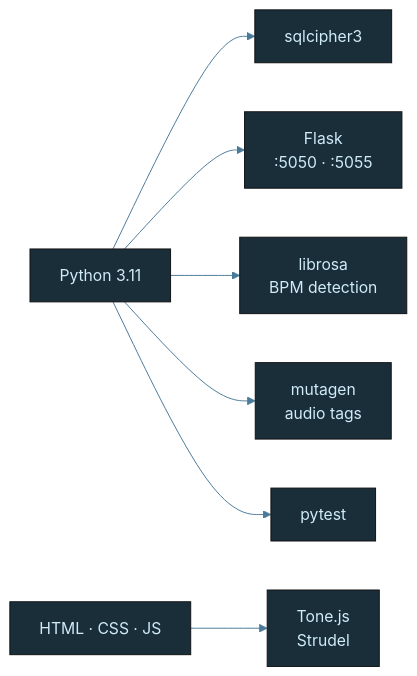
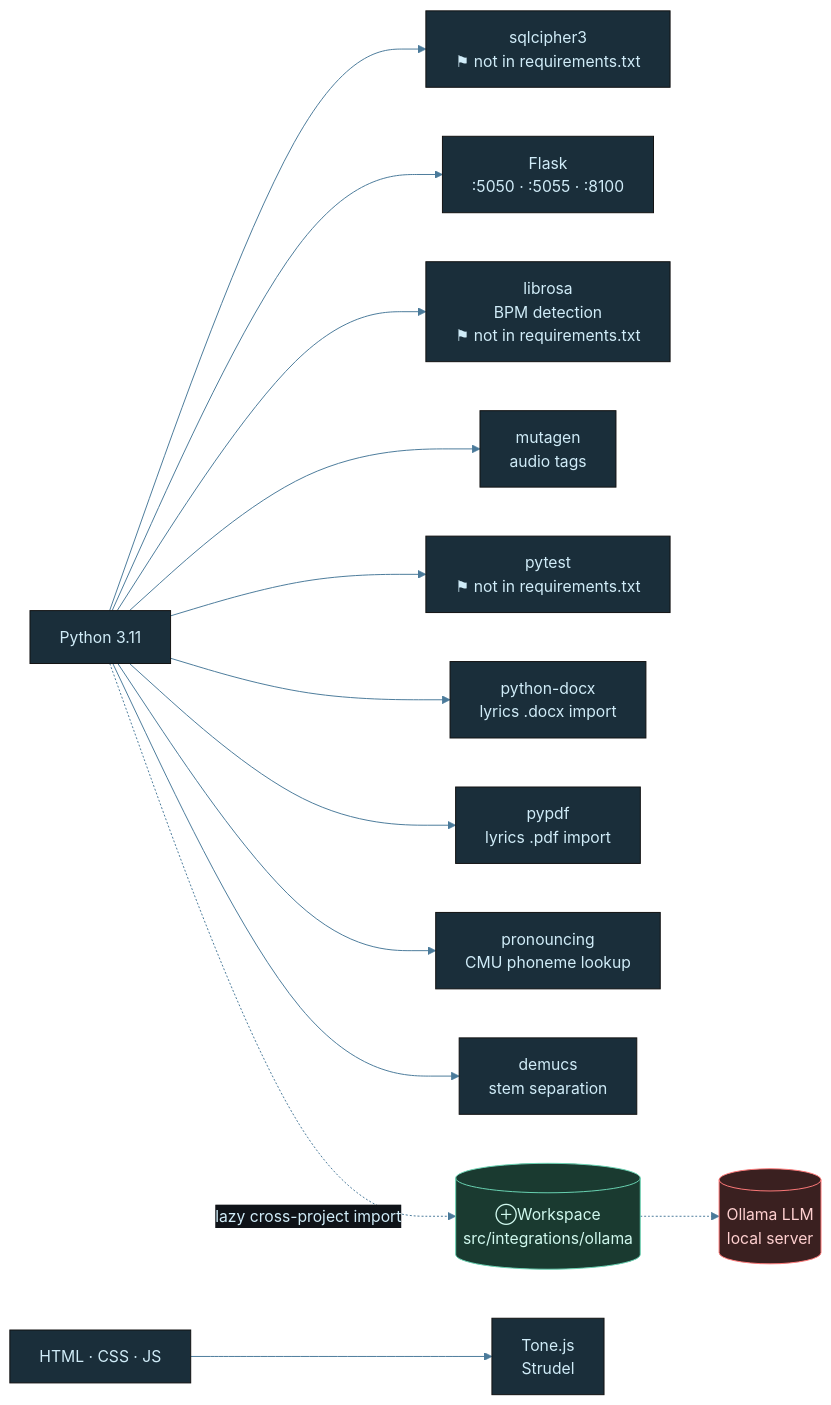
One commit to tylerdrakemusic/-Workspace changed the diagram in diagrams/music-tech-stack.mmd. Above: the diagram before and after it, drawn with Mermaid. The commit also changed 16 other files, not shown here.

Commit message:
FR-20260703-architecture-diagram-catchup: resync 17 diagrams with current code across 6 projects

```diff
--- a/diagrams/music-tech-stack.mmd
+++ b/diagrams/music-tech-stack.mmd
@@ -1,20 +1,28 @@
 %%{init: {'theme': 'base', 'themeVariables': {'primaryColor': '#1a2e3a', 'primaryTextColor': '#d0ecf8', 'edgeLabelBackground': '#0f1318', 'lineColor': '#4a7a9a'}}}%%
 graph LR
-    Python[Python 3.11] --> SQLCipher[sqlcipher3]
-    Python --> Flask[Flask<br/>:5050 · :5055]
-    Python --> Librosa[librosa<br/>BPM detection]
+    Python[Python 3.11] --> SQLCipher["sqlcipher3<br/>⚑ not in requirements.txt"]
+    Python --> Flask[Flask<br/>:5050 · :5055 · :8100]
+    Python --> Librosa["librosa<br/>BPM detection<br/>⚑ not in requirements.txt"]
     Python --> Mutagen[mutagen<br/>audio tags]
-    Python --> Pytest[pytest]
+    Python --> Pytest["pytest<br/>⚑ not in requirements.txt"]
+    Python --> PythonDocx["python-docx<br/>lyrics .docx import"]
+    Python --> Pypdf["pypdf<br/>lyrics .pdf import"]
+    Python --> Pronouncing["pronouncing<br/>CMU phoneme lookup"]
+    Python --> Demucs["demucs<br/>stem separation"]
     Web[HTML · CSS · JS] --> Tone[Tone.js<br/>Strudel]
+    Python -.->|lazy cross-project import| WSOllama[(⊕Workspace<br/>src/integrations/ollama)]
+    WSOllama -.-> Ollama[(Ollama LLM<br/>local server)]
     class Python,Web lang
-    class SQLCipher,Flask,Librosa,Mutagen,Pytest,Tone lib
+    class SQLCipher,Flask,Librosa,Mutagen,Pytest,Tone,PythonDocx,Pypdf,Pronouncing,Demucs lib
+    class WSOllama ws
+    class Ollama ext
 
 classDef life     fill:#1a2e3a,stroke:#6ab4d4,color:#d0ecf8
 classDef music    fill:#3a1a24,stroke:#d47a8f,color:#f8d0dc
 classDef quantum  fill:#251a3a,stroke:#a07adf,color:#e8d0f8
 classDef manifest fill:#3a2e1a,stroke:#d4a96a,color:#f8ead0
 classDef ws       fill:#1a3a30,stroke:#6ad4b4,color:#d0f8ee
 classDef tyler    fill:#2a1a3a,stroke:#9e4aff,color:#fff
 classDef ext      fill:#3a2020,stroke:#ff7a7a,color:#ffd0d0
 classDef db       fill:#3a3010,stroke:#d4c050,color:#f8f0c0
 classDef state    fill:#1a1a1a,stroke:#888888,color:#cccccc
```
